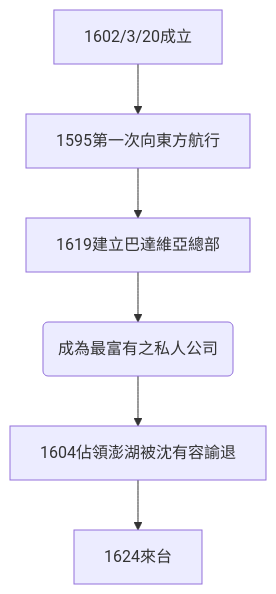
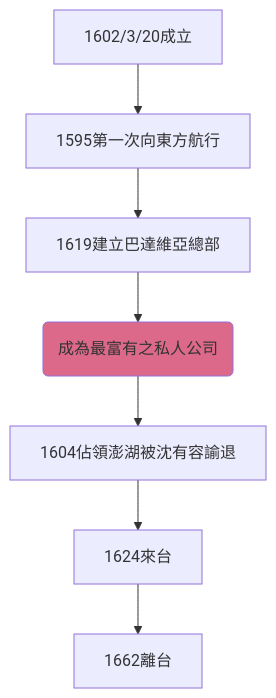
One commit to Ethane1755/Obsidian changed the diagram in Zettelkasten/荷蘭東印度公司.md. Above: the diagram before and after it, drawn with Mermaid. The commit also changed 1 other file, not shown here.

Commit message:
Obsidian Backup 2021-09-18 17:12

````diff
--- a/Zettelkasten/荷蘭東印度公司.md
+++ b/Zettelkasten/荷蘭東印度公司.md
@@ -17,4 +17,5 @@
 ```mermaid
 graph TD
-1602/3/20成立-->1595第一次向東方航行-->1619建立巴達維亞總部-->id1(成為最富有之私人公司)-->1604佔領澎湖被沈有容諭退-->1624來台
+1602/3/20成立-->1595第一次向東方航行-->1619建立巴達維亞總部-->id1(成為最富有之私人公司)-->1604佔領澎湖被沈有容諭退-->1624來台-->1662離台
+style id1 fill:#DC698A
 ```
````
